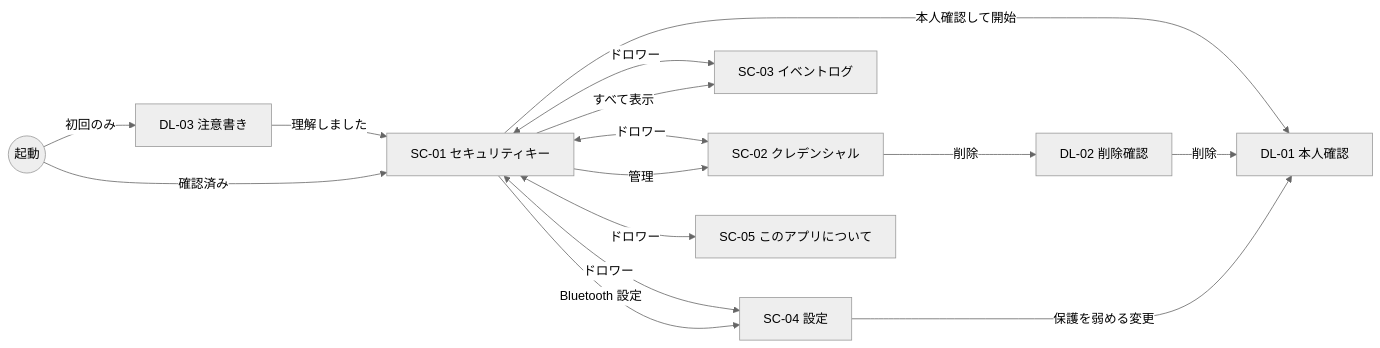
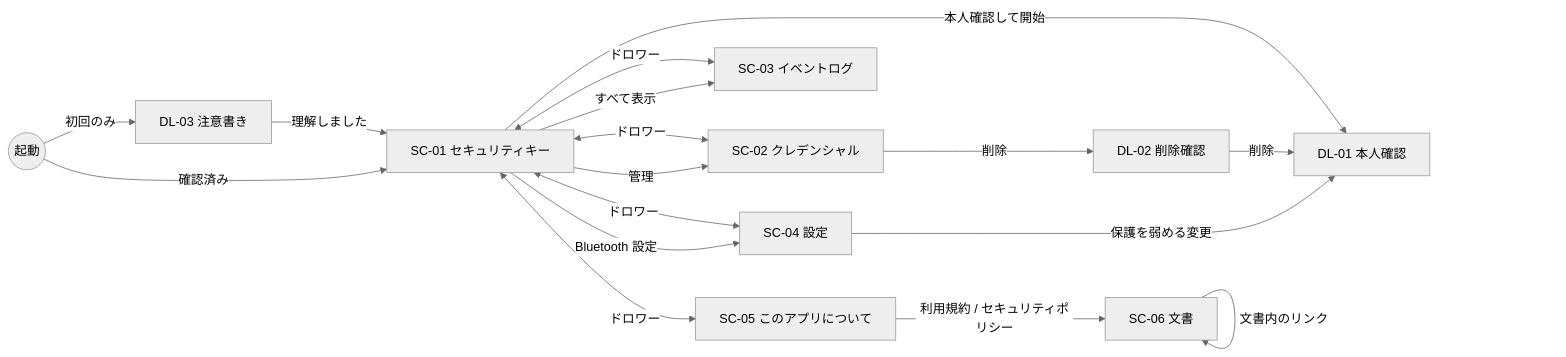
Before and after one commit to tecogonaz0439/TCAndroidKey: the diagram in docs/design/basic/06_ui.md, drawn with Mermaid (neutral theme). The commit also changed other lines of this file and 19 other files, not shown here.

````diff
--- a/docs/design/basic/06_ui.md
+++ b/docs/design/basic/06_ui.md
@@ -26,17 +27,19 @@
 ```mermaid
 flowchart LR
     START(("起動")) --> |"初回のみ"| DL03["DL-03 注意書き"]
     DL03 --> |"理解しました"| SC01["SC-01 セキュリティキー"]
     START --> |"確認済み"| SC01
     SC01 <--> |"ドロワー"| SC02["SC-02 クレデンシャル"]
     SC01 <--> |"ドロワー"| SC03["SC-03 イベントログ"]
     SC01 <--> |"ドロワー"| SC04["SC-04 設定"]
     SC01 <--> |"ドロワー"| SC05["SC-05 このアプリについて"]
+    SC05 --> |"利用規約 / セキュリティポリシー"| SC06["SC-06 文書"]
+    SC06 --> |"文書内のリンク"| SC06
     SC01 --> |"管理"| SC02
     SC01 --> |"すべて表示"| SC03
     SC01 --> |"Bluetooth 設定"| SC04
     SC01 --> |"本人確認して開始"| DL01["DL-01 本人確認"]
     SC02 --> |"削除"| DL02["DL-02 削除確認"]
     DL02 --> |"削除"| DL01
     SC04 --> |"保護を弱める変更"| DL01
 ```
````
